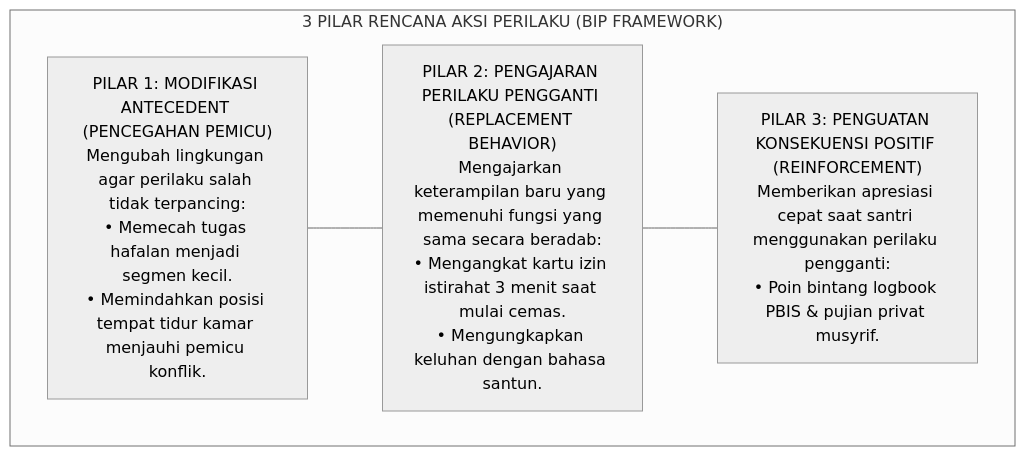
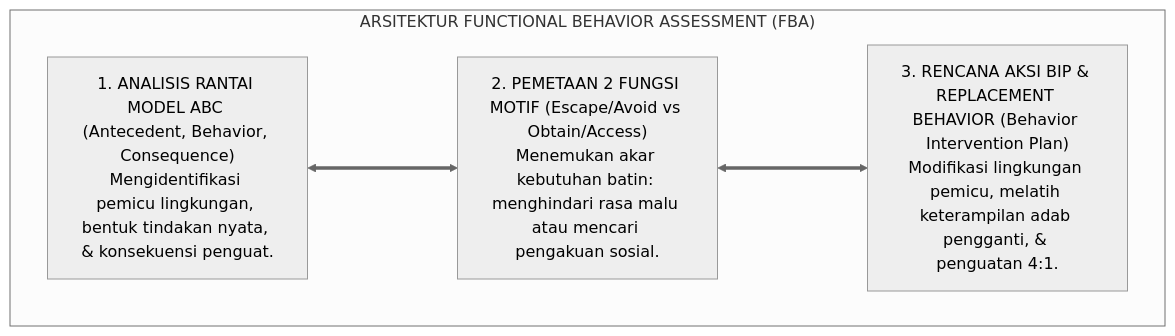
The second of 3 diagrams in 02 Principles/06 Intervention Principles/P2-06-02-Prinsip-Functional-Behavior-Assessment.md (wandiapriliyandi/tumbuh), drawn with Mermaid (neutral theme) before and after one commit. The commit also changed other lines of this file and 7 other files, not shown here.

````diff
--- a/02 Principles/06 Intervention Principles/P2-06-02-Prinsip-Functional-Behavior-Assessment.md
+++ b/02 Principles/06 Intervention Principles/P2-06-02-Prinsip-Functional-Behavior-Assessment.md
@@ -141,12 +121,13 @@
 ```mermaid
-graph TD
-    subgraph TigaPilarStrategiBIP["3 PILAR RENCANA AKSI PERILAKU (BIP FRAMEWORK)"]
-        P1["PILAR 1: MODIFIKASI ANTECEDENT (PENCEGAHAN PEMICU)<br/>Mengubah lingkungan agar perilaku salah tidak terpancing:<br/>• Memecah tugas hafalan menjadi segmen kecil.<br/>• Memindahkan posisi tempat tidur kamar menjauhi pemicu konflik."]
+flowchart TD
+    subgraph ArsitekturFBATUMBUH["ARSITEKTUR FUNCTIONAL BEHAVIOR ASSESSMENT (FBA)"]
         
-        P2["PILAR 2: PENGAJARAN PERILAKU PENGGANTI (REPLACEMENT BEHAVIOR)<br/>Mengajarkan keterampilan baru yang memenuhi fungsi yang sama secara beradab:<br/>• Mengangkat kartu izin istirahat 3 menit saat mulai cemas.<br/>• Mengungkapkan keluhan dengan bahasa santun."]
+        FBA1_Sayap["1. ANALISIS RANTAI MODEL ABC (Antecedent, Behavior, Consequence)<br/>Mengidentifikasi pemicu lingkungan, bentuk tindakan nyata, & konsekuensi penguat."]
         
-        P3["PILAR 3: PENGUATAN KONSEKUENSI POSITIF (REINFORCEMENT)<br/>Memberikan apresiasi cepat saat santri menggunakan perilaku pengganti:<br/>• Poin bintang logbook PBIS & pujian privat musyrif."]
+        FBA2_Sayap["2. PEMETAAN 2 FUNGSI MOTIF (Escape/Avoid vs Obtain/Access)<br/>Menemukan akar kebutuhan batin: menghindari rasa malu atau mencari pengakuan sosial."]
         
-        P1 --- P2 --- P3
+        FBA3_Sayap["3. RENCANA AKSI BIP & REPLACEMENT BEHAVIOR (Behavior Intervention Plan)<br/>Modifikasi lingkungan pemicu, melatih keterampilan adab pengganti, & penguatan 4:1."]
+        
+        FBA1_Sayap <===> FBA2_Sayap <===> FBA3_Sayap
     end
 ```
````
